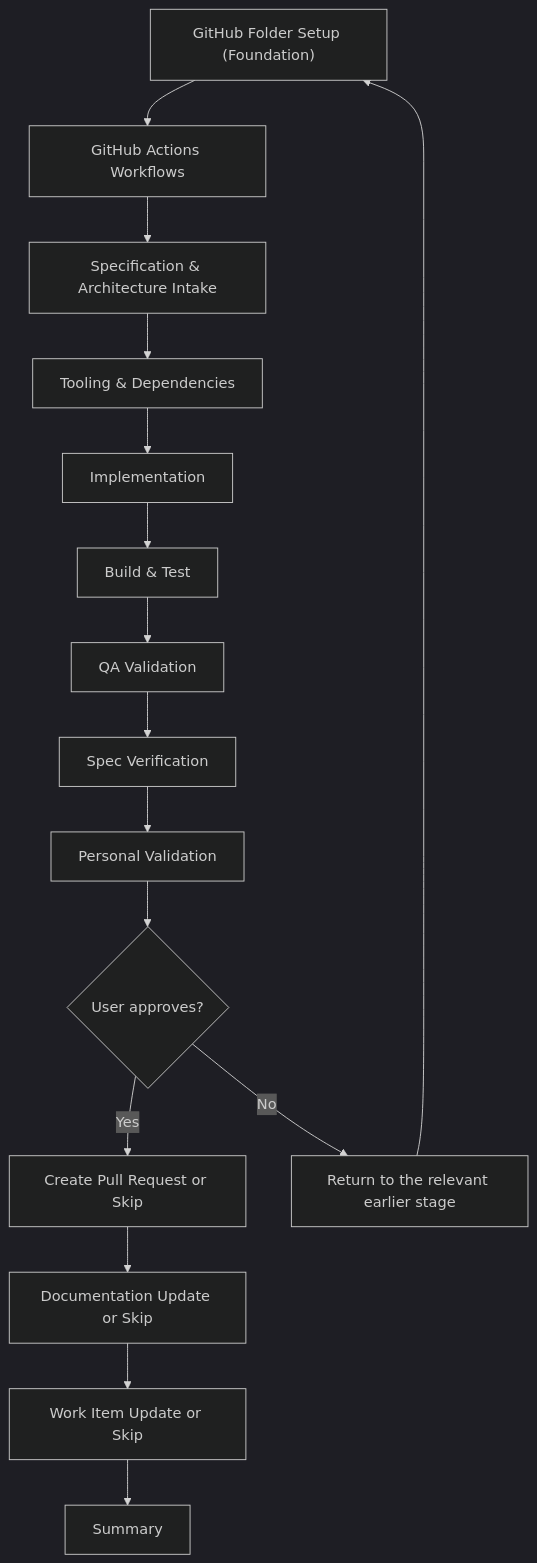
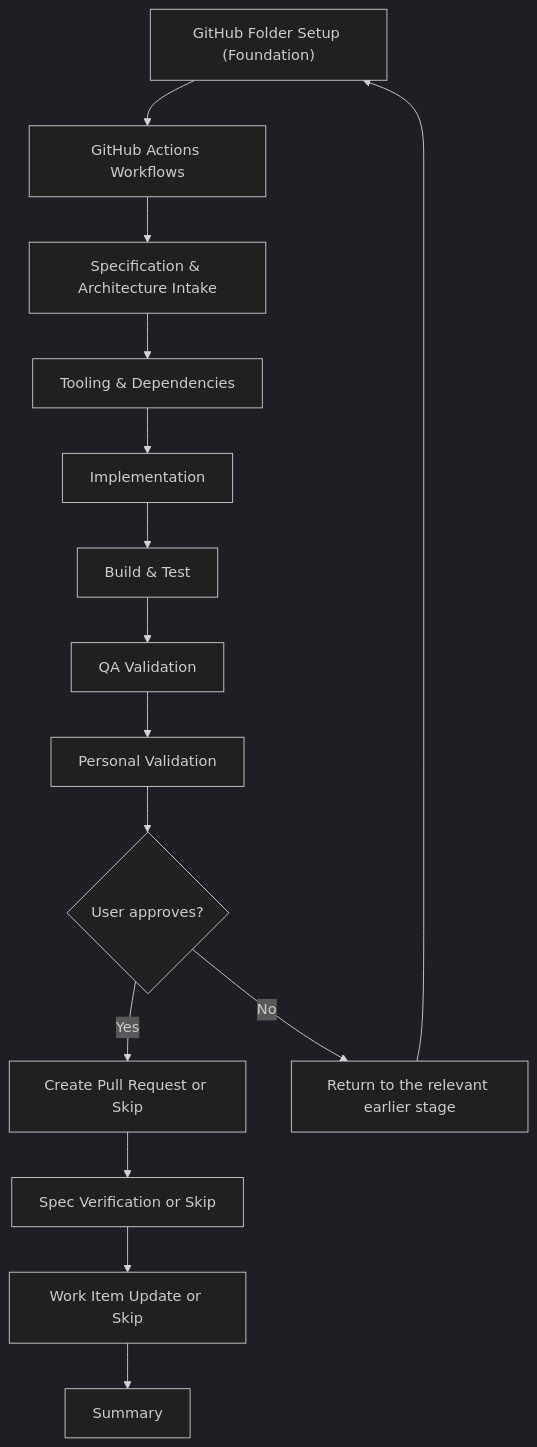
One commit to JSdotNet/devbook changed the second of 16 diagrams in plugins/delivery/FLOW-DIAGRAMS.md. Above: the diagram before and after it, drawn with Mermaid (dark theme). The commit also changed other lines of this file and 42 other files, not shown here.

First line of the commit message:
Spec Verification replaces Documentation Update

````diff
--- a/plugins/delivery/FLOW-DIAGRAMS.md
+++ b/plugins/delivery/FLOW-DIAGRAMS.md
@@ -50,18 +50,17 @@
 ```mermaid
 flowchart TD
     A["GitHub Folder Setup (Foundation)"] --> B["GitHub Actions Workflows"]
     B --> C["Specification & Architecture Intake"]
     C --> D["Tooling & Dependencies"]
     D --> E["Implementation"]
     E --> F["Build & Test"]
     F --> G["QA Validation"]
-    G --> SV["Spec Verification"]
-    SV --> H["Personal Validation"]
+    G --> H["Personal Validation"]
     H --> I{User approves?}
     I -->|Yes| J["Create Pull Request or Skip"]
     I -->|No| K["Return to the relevant earlier stage"]
     K --> A
-    J --> DU["Documentation Update or Skip"]
+    J --> DU["Spec Verification or Skip"]
     DU --> U["Work Item Update or Skip"]
     U --> L["Summary"]
 ```
````
